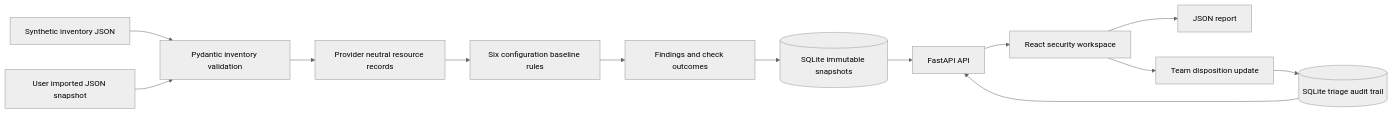
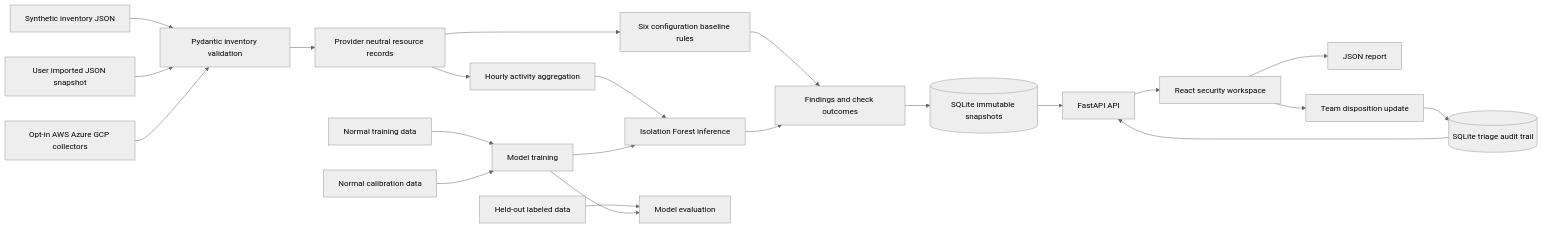
The diagram in docs/architecture.md (ShashankKumarSaxena/CloudSentinel), drawn with Mermaid (neutral theme) before and after one commit. The commit also changed other lines of this file and 40 other files, not shown here.

````diff
--- a/docs/architecture.md
+++ b/docs/architecture.md
@@ -7,15 +8,24 @@
 ```mermaid
 flowchart LR
     A[Synthetic inventory JSON] --> C[Pydantic inventory validation]
     B[User imported JSON snapshot] --> C
+    M[Opt-in AWS Azure GCP collectors] --> C
     C --> D[Provider neutral resource records]
     D --> E[Six configuration baseline rules]
     E --> F[Findings and check outcomes]
+    D --> N[Hourly activity aggregation]
+    N --> O[Isolation Forest inference]
+    O --> F
+    P[Normal training data] --> Q[Model training]
+    R[Normal calibration data] --> Q
+    S[Held-out labeled data] --> T[Model evaluation]
+    Q --> T
+    Q --> O
     F --> G[(SQLite immutable snapshots)]
     G --> H[FastAPI API]
     H --> I[React security workspace]
     I --> J[JSON report]
     I --> K[Team disposition update]
     K --> L[(SQLite triage audit trail)]
     L --> H
 ```
````
